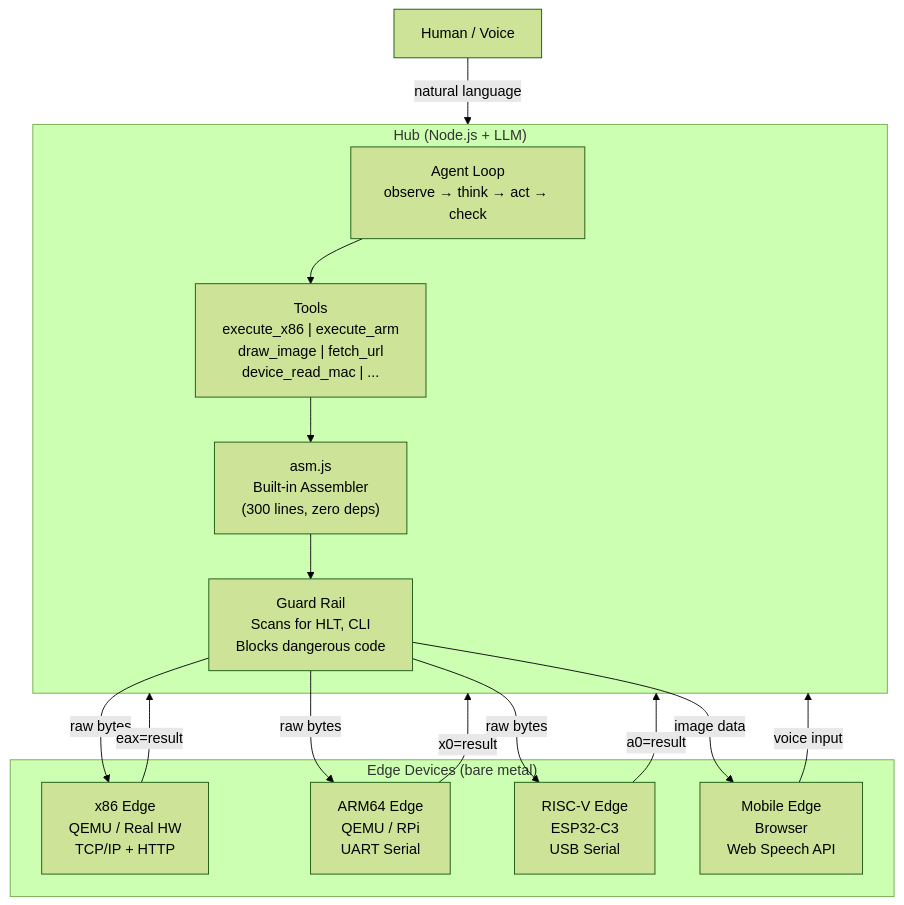
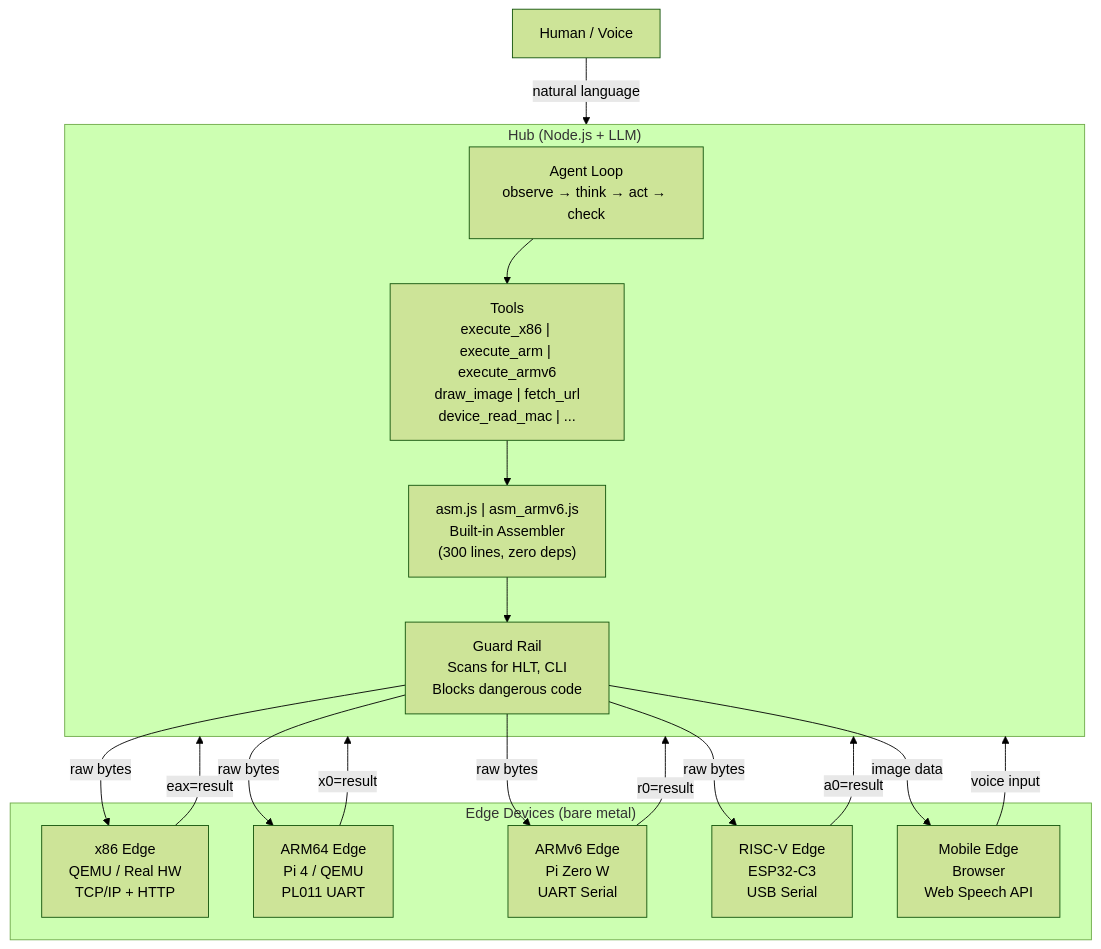
One commit to CSP911/poke changed the first of 9 diagrams in README.md. Above: the diagram before and after it, drawn with Mermaid (forest theme). The commit also changed other lines of this file and 1 other file, not shown here.

First line of the commit message:
feat: QEMU integration tests (12 tests) + README update for Pi/ARMv6

````diff
--- a/README.md
+++ b/README.md
@@ -184,31 +192,34 @@
 ```mermaid
 graph TB
     User["Human / Voice"]
 
     subgraph Hub["Hub (Node.js + LLM)"]
         Agent["Agent Loop<br/>observe → think → act → check"]
-        Tools["Tools<br/>execute_x86 | execute_arm<br/>draw_image | fetch_url<br/>device_read_mac | ..."]
-        ASM["asm.js<br/>Built-in Assembler<br/>(300 lines, zero deps)"]
+        Tools["Tools<br/>execute_x86 | execute_arm | execute_armv6<br/>draw_image | fetch_url<br/>device_read_mac | ..."]
+        ASM["asm.js | asm_armv6.js<br/>Built-in Assembler<br/>(300 lines, zero deps)"]
         Guard["Guard Rail<br/>Scans for HLT, CLI<br/>Blocks dangerous code"]
         Agent --> Tools
         Tools --> ASM
         ASM --> Guard
     end
 
     subgraph Edges["Edge Devices (bare metal)"]
         X86["x86 Edge<br/>QEMU / Real HW<br/>TCP/IP + HTTP"]
-        ARM["ARM64 Edge<br/>QEMU / RPi<br/>UART Serial"]
+        ARM["ARM64 Edge<br/>Pi 4 / QEMU<br/>PL011 UART"]
+        ARMv6["ARMv6 Edge<br/>Pi Zero W<br/>UART Serial"]
         RV["RISC-V Edge<br/>ESP32-C3<br/>USB Serial"]
         Mobile["Mobile Edge<br/>Browser<br/>Web Speech API"]
     end
 
     User -->|natural language| Hub
     Guard -->|raw bytes| X86
     Guard -->|raw bytes| ARM
+    Guard -->|raw bytes| ARMv6
     Guard -->|raw bytes| RV
     Guard -->|image data| Mobile
     X86 -->|eax=result| Hub
     ARM -->|x0=result| Hub
+    ARMv6 -->|r0=result| Hub
     RV -->|a0=result| Hub
     Mobile -->|voice input| Hub
 ```
````
